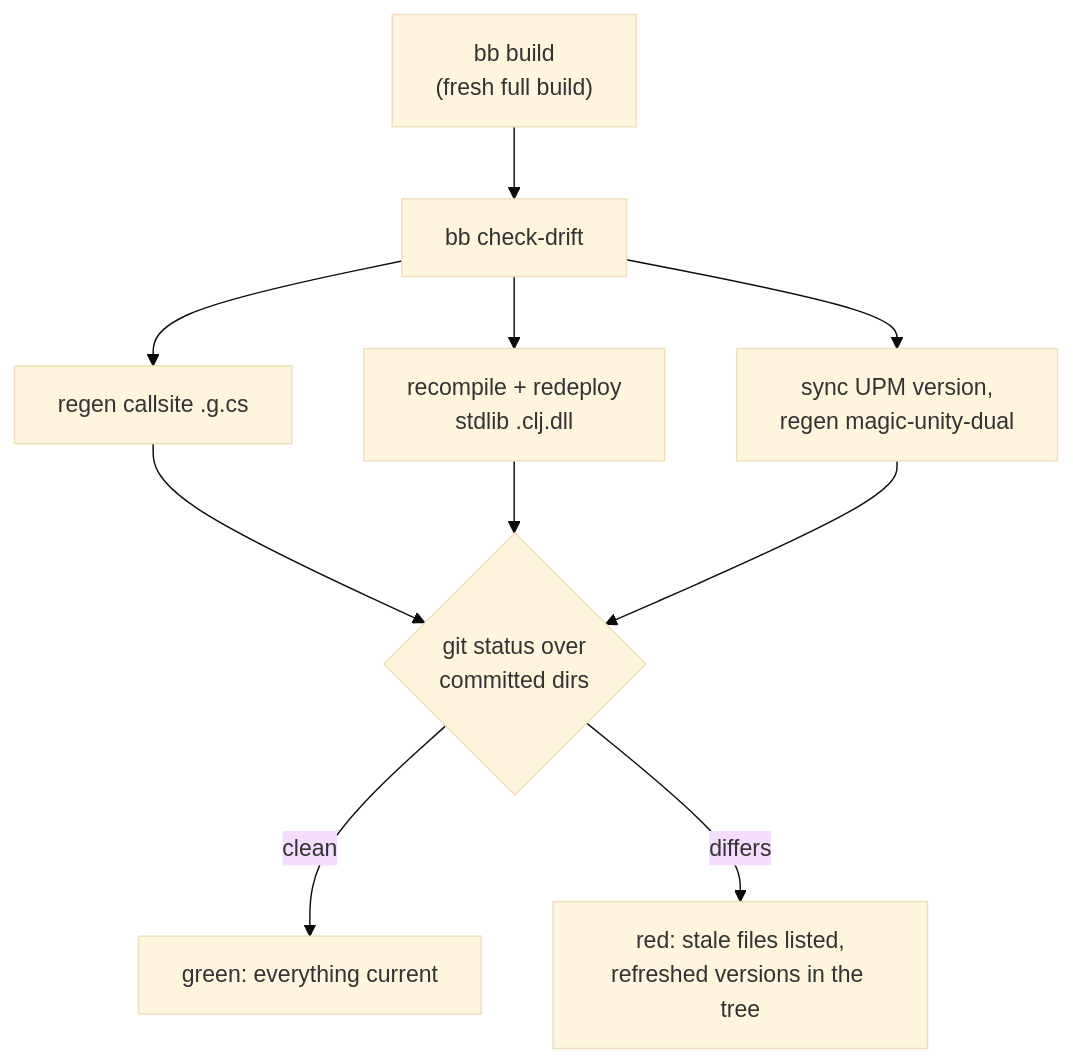
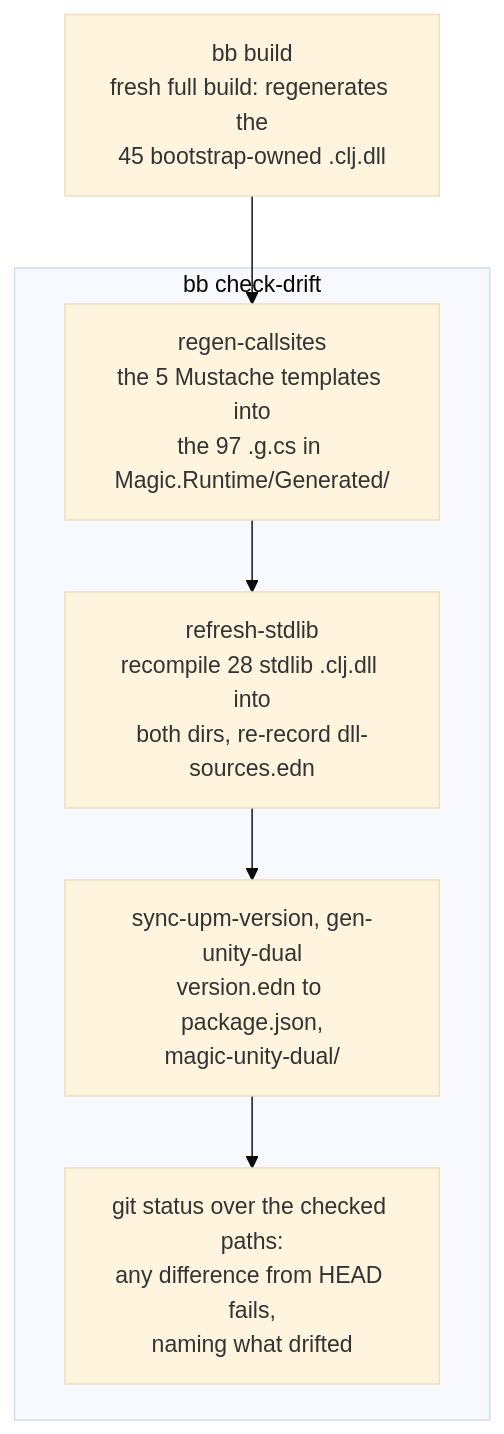
The fourth of 5 diagrams in docs/deterministic-compilation.md (flybot-sg/magic), drawn with Mermaid (base theme) before and after one commit. The commit also changed other lines of this file and 21 other files, not shown here.

````diff
--- a/docs/deterministic-compilation.md
+++ b/docs/deterministic-compilation.md
@@ -43,12 +163,10 @@
 ```mermaid
 flowchart TD
-    build["bb build<br/>(fresh full build)"] --> drift["bb check-drift"]
-    drift --> regen["regen callsite .g.cs"]
-    drift --> stdlib["recompile + redeploy<br/>stdlib .clj.dll"]
-    drift --> dual["sync UPM version,<br/>regen magic-unity-dual"]
-    regen --> diff{"git status over<br/>committed dirs"}
-    stdlib --> diff
-    dual --> diff
-    diff -->|clean| green["green: everything current"]
-    diff -->|differs| red["red: stale files listed,<br/>refreshed versions in the tree"]
+    build["bb build<br/>fresh full build: regenerates the<br/>45 bootstrap-owned .clj.dll"] --> regen
+    subgraph cd["bb check-drift"]
+        regen["regen-callsites<br/>the 5 Mustache templates into<br/>the 97 .g.cs in Magic.Runtime/Generated/"]
+        regen --> stdlib["refresh-stdlib<br/>recompile 28 stdlib .clj.dll into<br/>both dirs, re-record dll-sources.edn"]
+        stdlib --> upm["sync-upm-version, gen-unity-dual<br/>version.edn to package.json,<br/>magic-unity-dual/"]
+        upm --> diff["git status over the checked paths:<br/>any difference from HEAD fails,<br/>naming what drifted"]
+    end
 ```
````
